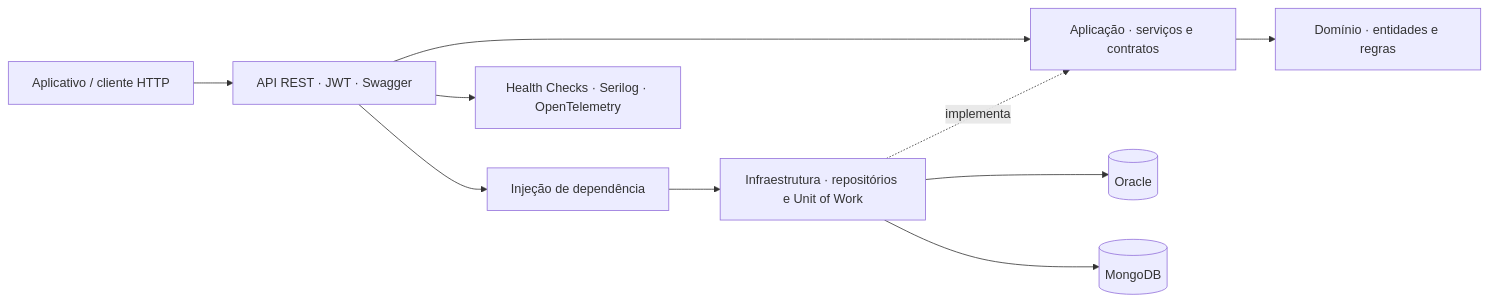
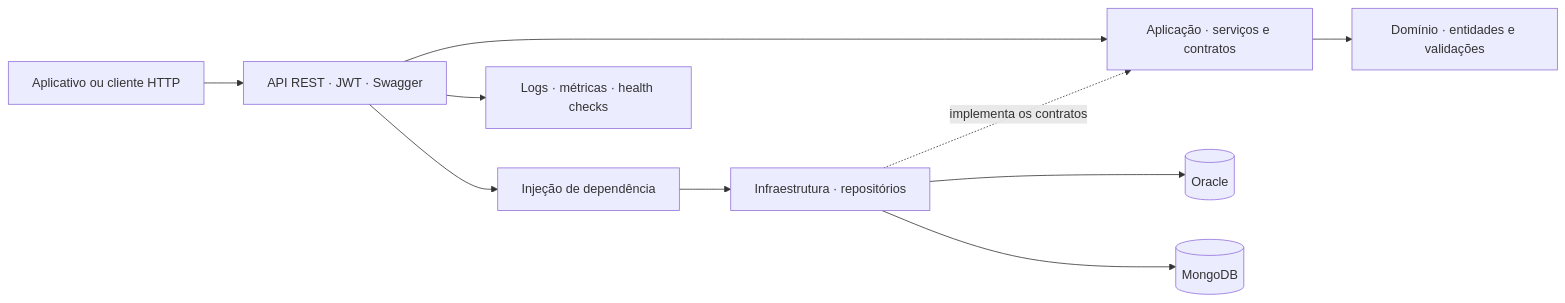
One commit to DobuChallenge/Dobu-Sprint4.NET changed the diagram in README.md. Above: the diagram before and after it, drawn with Mermaid. The commit also changed other lines of this file, not shown here.

````diff
--- a/README.md
+++ b/README.md
@@ -47,12 +93,12 @@
 ```mermaid
 flowchart LR
-    Client["Aplicativo / cliente HTTP"] --> API["API REST · JWT · Swagger"]
+    Client["Aplicativo ou cliente HTTP"] --> API["API REST · JWT · Swagger"]
     API --> Application["Aplicação · serviços e contratos"]
-    Application --> Domain["Domínio · entidades e regras"]
-    Infrastructure["Infraestrutura · repositórios e Unit of Work"] -. implementa .-> Application
+    Application --> Domain["Domínio · entidades e validações"]
+    Infrastructure["Infraestrutura · repositórios"] -. implementa os contratos .-> Application
     API --> DI["Injeção de dependência"]
     DI --> Infrastructure
     Infrastructure --> Oracle[(Oracle)]
     Infrastructure --> Mongo[(MongoDB)]
-    API --> Monitoring["Health Checks · Serilog · OpenTelemetry"]
+    API --> Monitoring["Logs · métricas · health checks"]
 ```
````
